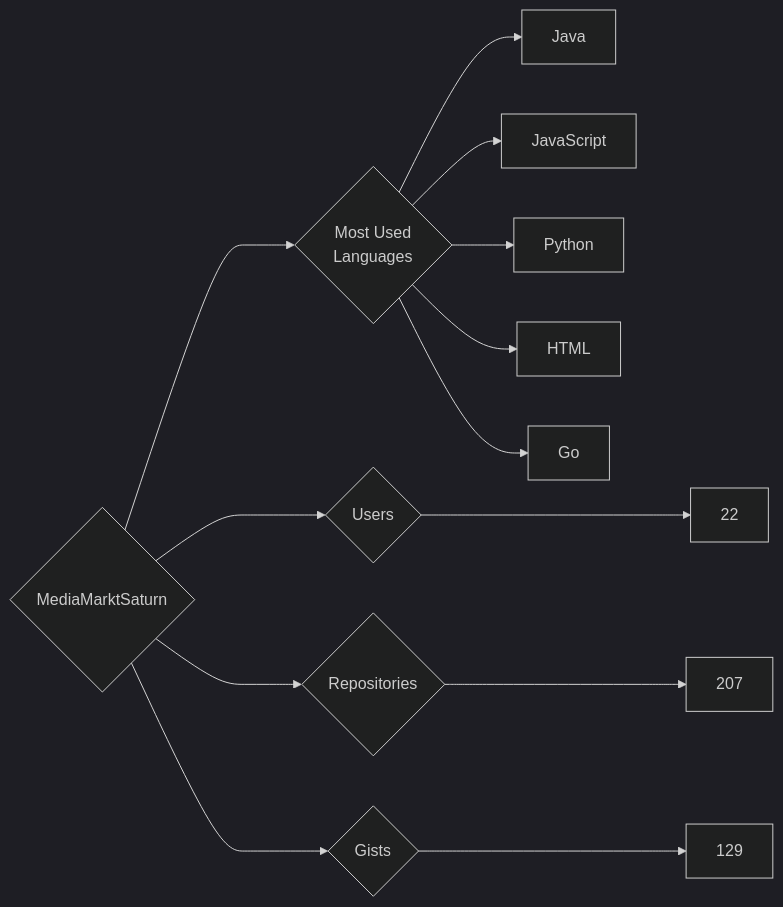
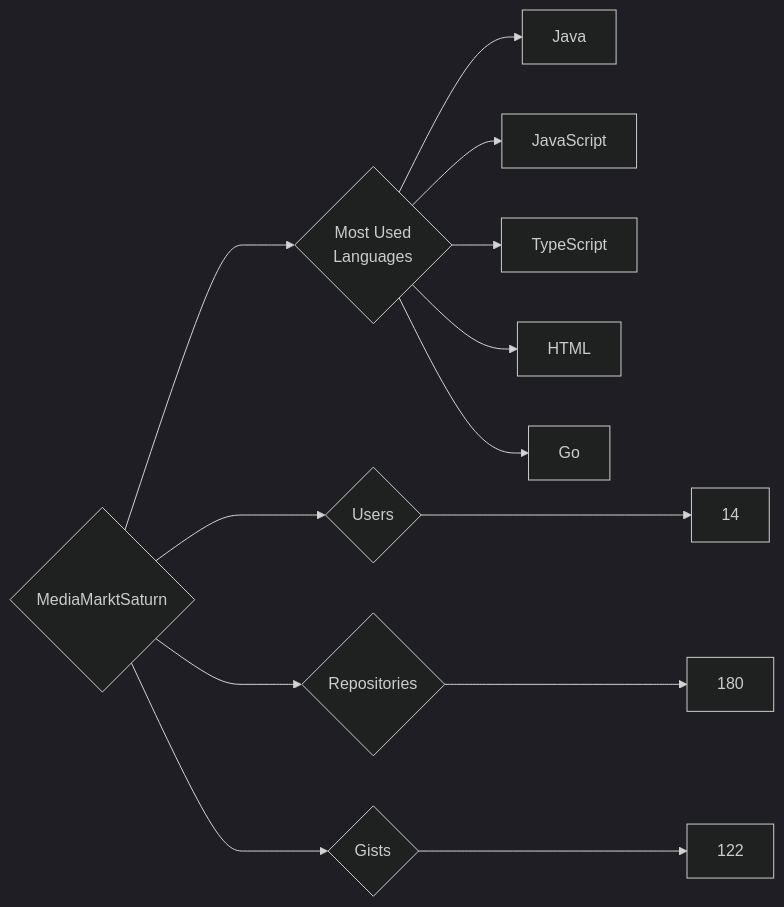
One commit to trickest/insiders changed the diagram in targets/MediaMarktSaturn/README.md. Above: the diagram before and after it, drawn with Mermaid (dark theme). The commit also changed 787 other files, not shown here.

````diff
--- a/targets/MediaMarktSaturn/README.md
+++ b/targets/MediaMarktSaturn/README.md
@@ -3,13 +3,13 @@
 ```mermaid
 graph LR
 COMPANY_NAME{MediaMarktSaturn}
-COMPANY_NAME ---> U{Users} ---> UN[22]
-COMPANY_NAME ---> R{Repositories} ---> RN[207]
-COMPANY_NAME ---> G{Gists} ---> GN[129]
+COMPANY_NAME ---> U{Users} ---> UN[14]
+COMPANY_NAME ---> R{Repositories} ---> RN[180]
+COMPANY_NAME ---> G{Gists} ---> GN[122]
 COMPANY_NAME ---> ML{Most Used<br>Languages}
 ML --> Java[Java]
 ML --> JavaScript[JavaScript]
-ML --> Python[Python]
+ML --> TypeScript[TypeScript]
 ML --> HTML[HTML]
 ML --> Go[Go]
 ```
````
